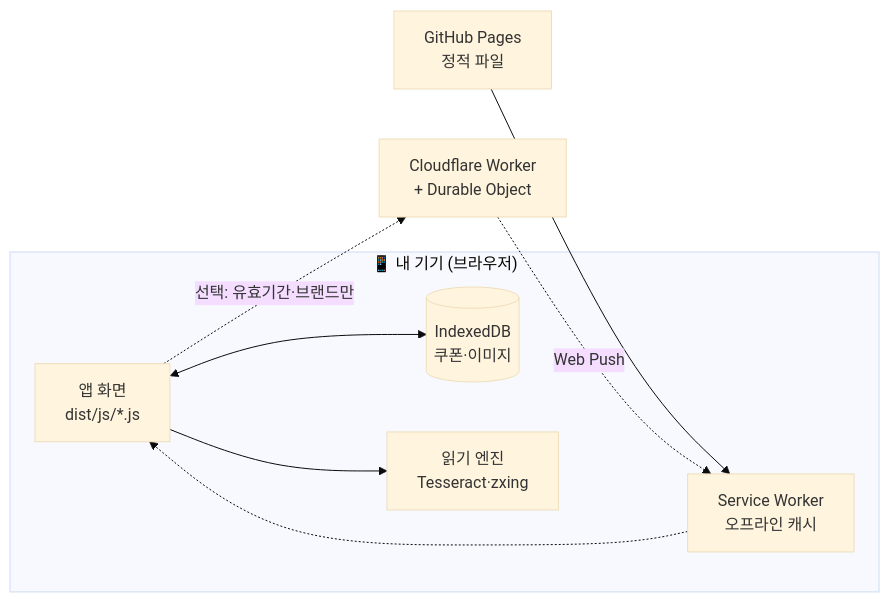
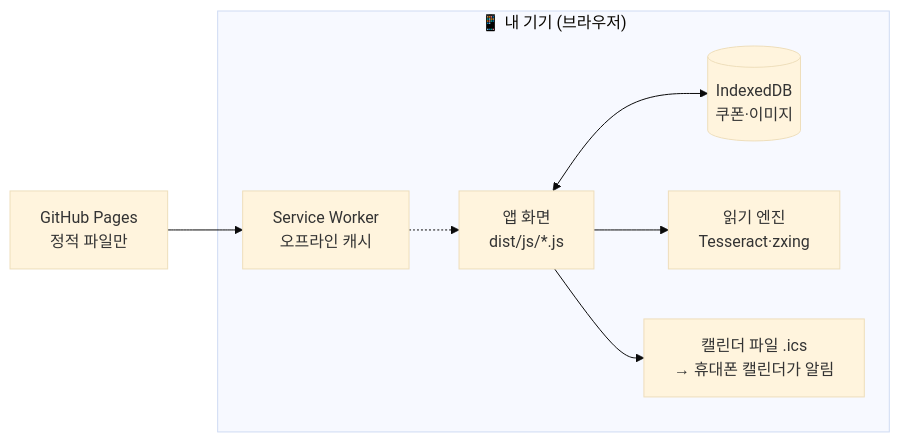
The third of 4 diagrams in README.md (HyunIm/gifticon-pocket), drawn with Mermaid (base theme) before and after one commit. The commit also changed other lines of this file and 18 other files, not shown here.

First line of the commit message:
Drop the unused Cloudflare push server; reminders come from the calendar

````diff
--- a/README.md
+++ b/README.md
@@ -123,11 +123,10 @@
 ```mermaid
 flowchart LR
     subgraph Device["📱 내 기기 (브라우저)"]
         UI["앱 화면<br/>dist/js/*.js"] <--> DB[("IndexedDB<br/>쿠폰·이미지")]
         UI --> W["읽기 엔진<br/>Tesseract·zxing"]
+        UI --> ICS["캘린더 파일 .ics<br/>→ 휴대폰 캘린더가 알림"]
         SW["Service Worker<br/>오프라인 캐시"] -.-> UI
     end
-    GH["GitHub Pages<br/>정적 파일"] --> SW
-    UI -. "선택: 유효기간·브랜드만" .-> CF["Cloudflare Worker<br/>+ Durable Object"]
-    CF -. "Web Push" .-> SW
+    GH["GitHub Pages<br/>정적 파일만"] --> SW
 ```
````
